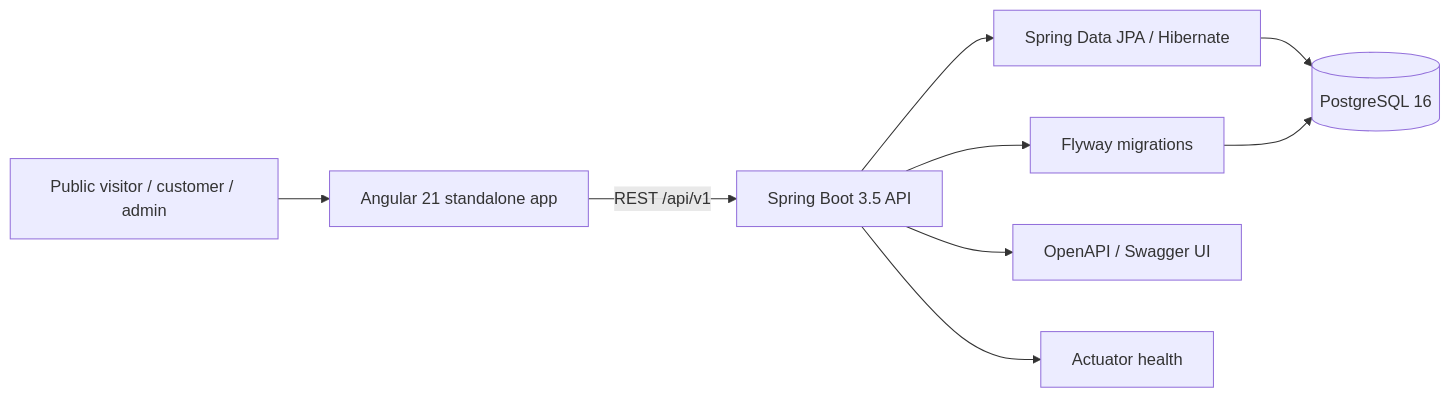
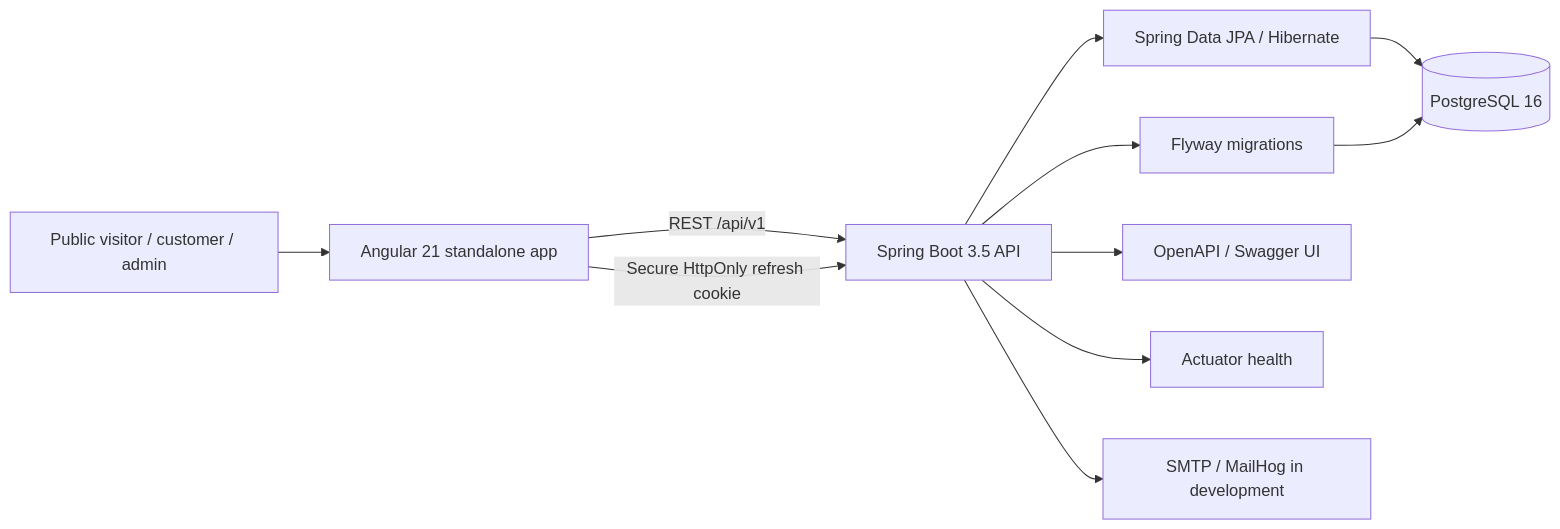
One commit to dhruv6005/9-eleven-automotive-hub changed the diagram in docs/architecture.md. Above: the diagram before and after it, drawn with Mermaid. The commit also changed other lines of this file and 62 other files, not shown here.

````diff
--- a/docs/architecture.md
+++ b/docs/architecture.md
@@ -5,11 +5,13 @@
 ```mermaid
 flowchart LR
     Visitor[Public visitor / customer / admin] --> Web[Angular 21 standalone app]
     Web -->|REST /api/v1| API[Spring Boot 3.5 API]
+    Web -->|Secure HttpOnly refresh cookie| API
     API --> JPA[Spring Data JPA / Hibernate]
     JPA --> DB[(PostgreSQL 16)]
     API --> Flyway[Flyway migrations]
     Flyway --> DB
     API --> Docs[OpenAPI / Swagger UI]
     API --> Health[Actuator health]
+    API --> Mail[SMTP / MailHog in development]
 ```
````
